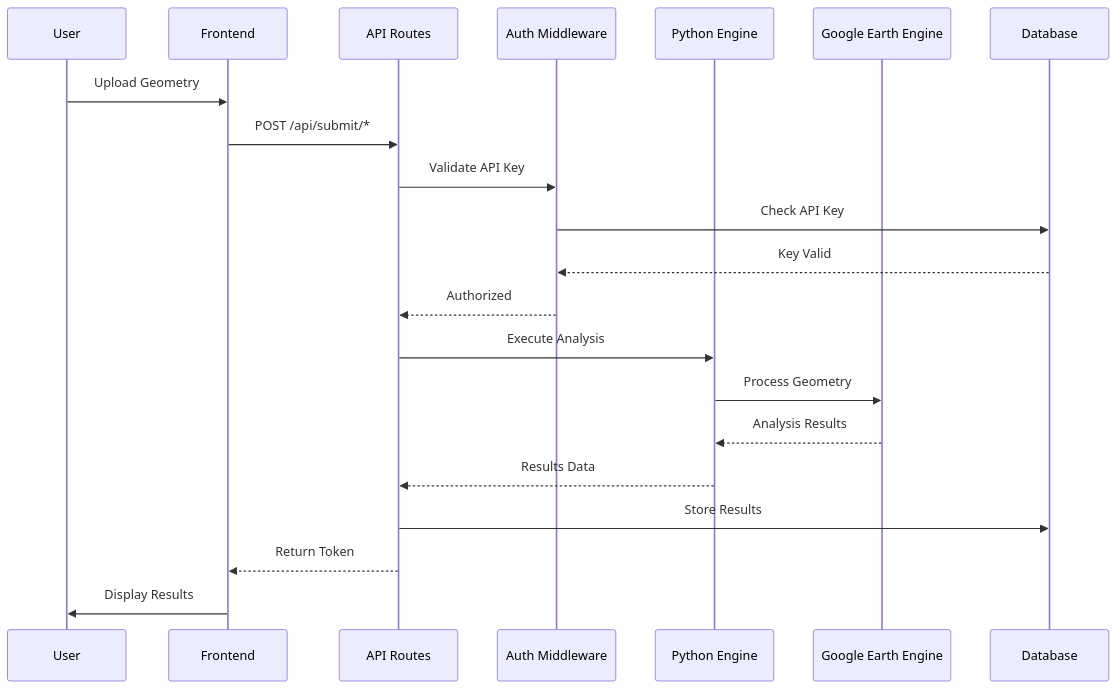
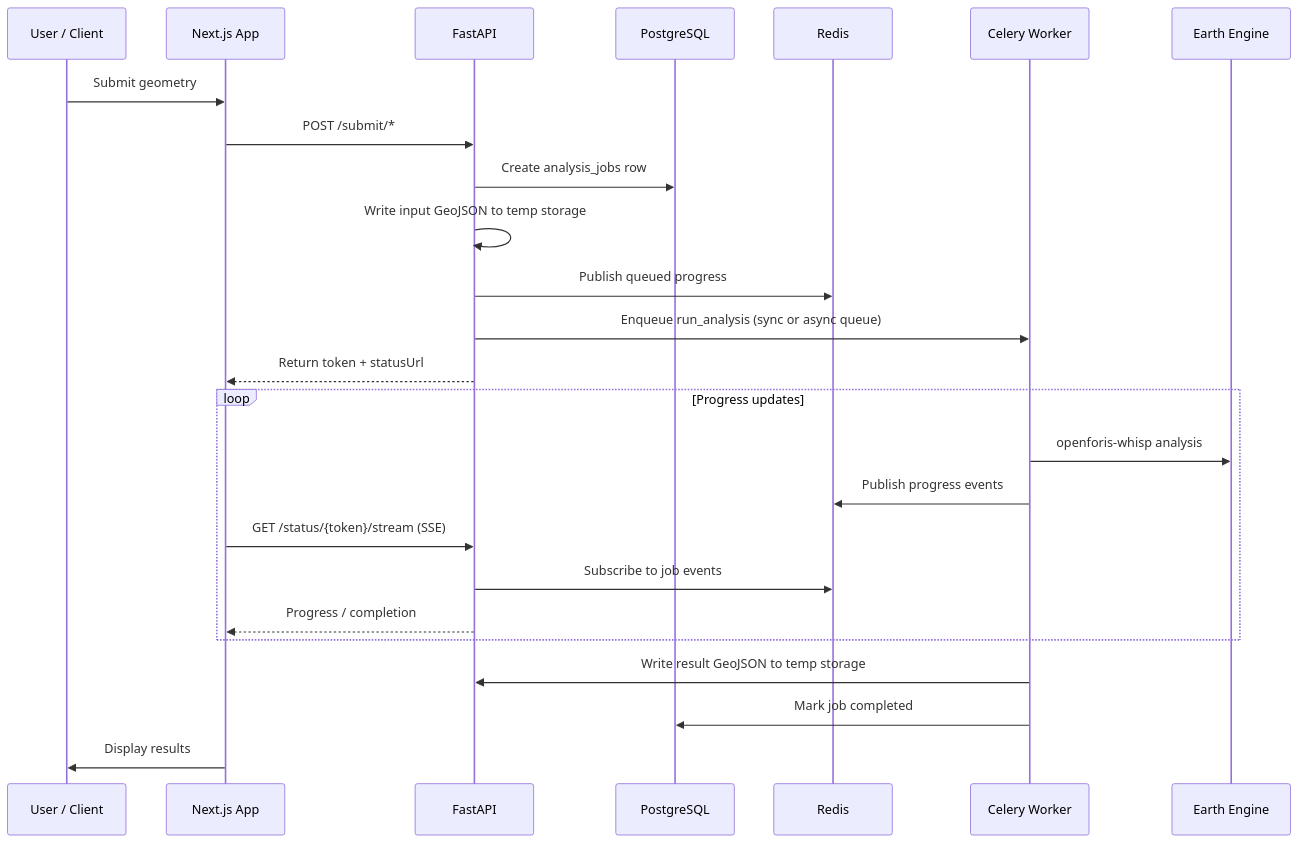
The second of 2 diagrams in README.md (forestdatapartnership/whisp-app), drawn with Mermaid before and after one commit. The commit also changed other lines of this file, not shown here.

````diff
--- a/README.md
+++ b/README.md
@@ -65,24 +95,30 @@
 ```mermaid
 sequenceDiagram
-    participant U as User
-    participant FE as Frontend
-    participant API as API Routes
-    participant AUTH as Auth Middleware
-    participant PY as Python Engine
-    participant GEE as Google Earth Engine
-    participant DB as Database
-    
-    U->>FE: Upload Geometry
-    FE->>API: POST /api/submit/*
-    API->>AUTH: Validate API Key
-    AUTH->>DB: Check API Key
-    DB-->>AUTH: Key Valid
-    AUTH-->>API: Authorized
-    API->>PY: Execute Analysis
-    PY->>GEE: Process Geometry
-    GEE-->>PY: Analysis Results
-    PY-->>API: Results Data
-    API->>DB: Store Results
-    API-->>FE: Return Token
-    FE->>U: Display Results
+    participant U as User / Client
+    participant APP as Next.js App
+    participant API as FastAPI
+    participant DB as PostgreSQL
+    participant R as Redis
+    participant W as Celery Worker
+    participant GEE as Earth Engine
+
+    U->>APP: Submit geometry
+    APP->>API: POST /submit/*
+    API->>DB: Create analysis_jobs row
+    API->>API: Write input GeoJSON to temp storage
+    API->>R: Publish queued progress
+    API->>W: Enqueue run_analysis (sync or async queue)
+    API-->>APP: Return token + statusUrl
+
+    loop Progress updates
+        W->>GEE: openforis-whisp analysis
+        W->>R: Publish progress events
+        APP->>API: GET /status/{token}/stream (SSE)
+        API->>R: Subscribe to job events
+        API-->>APP: Progress / completion
+    end
+
+    W->>API: Write result GeoJSON to temp storage
+    W->>DB: Mark job completed
+    APP->>U: Display results
 ```
````
